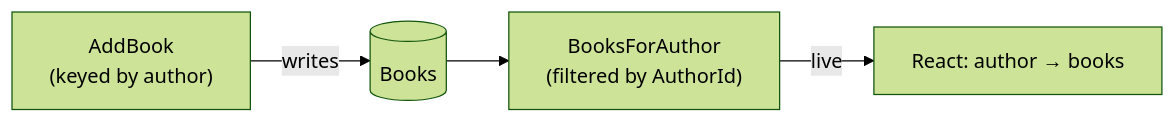
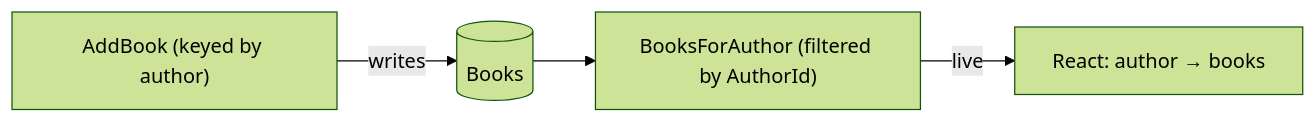
One commit to Cratis/Arc changed the diagram in Documentation/tutorial/books-and-relationships.mdx. Above: the diagram before and after it, drawn with Mermaid (forest theme). The commit also changed 16 other files, not shown here.

````diff
--- a/Documentation/tutorial/books-and-relationships.mdx
+++ b/Documentation/tutorial/books-and-relationships.mdx
@@ -12,6 +12,6 @@
 ```mermaid
 flowchart LR
-    AB["AddBook<br/>(keyed by author)"] -->|writes| DB[("Books")]
-    DB --> Q["BooksForAuthor<br/>(filtered by AuthorId)"]
+    AB["AddBook (keyed by author)"] -->|writes| DB[("Books")]
+    DB --> Q["BooksForAuthor (filtered by AuthorId)"]
     Q -->|live| UI["React: author → books"]
 ```
````
